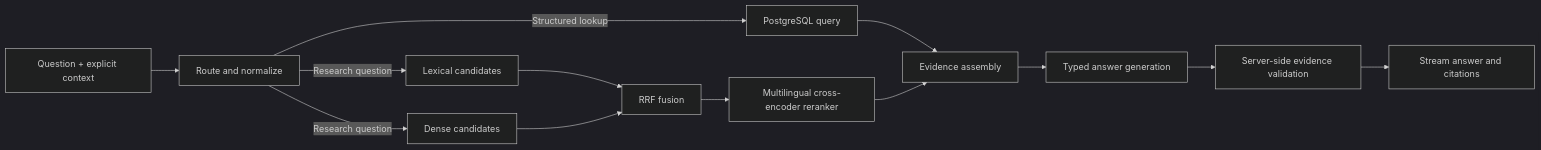
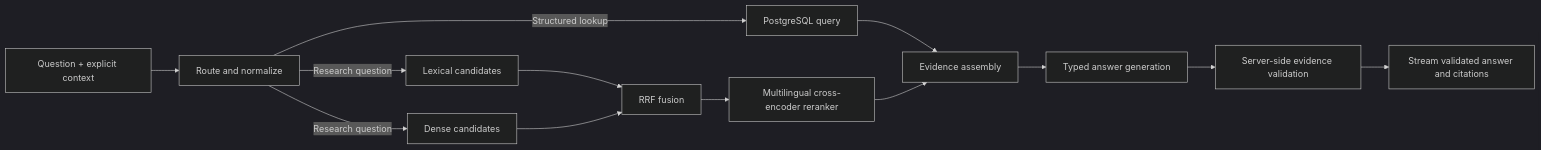
One commit to rnkraus/investment-research changed the third of 4 diagrams in docs/02-system-design.md. Above: the diagram before and after it, drawn with Mermaid (dark theme). The commit also changed other lines of this file and 8 other files, not shown here.

Commit message:
docs: finalize M0.0 architecture and implementation plan

````diff
--- a/docs/02-system-design.md
+++ b/docs/02-system-design.md
@@ -137,15 +146,15 @@
 ```mermaid
 flowchart LR
     Q[Question + explicit context] --> R[Route and normalize]
     R -->|Structured lookup| SQL[PostgreSQL query]
     R -->|Research question| LEX[Lexical candidates]
     R -->|Research question| DEN[Dense candidates]
     LEX --> FUSE[RRF fusion]
     DEN --> FUSE
     FUSE --> RR[Multilingual cross-encoder reranker]
     SQL --> EV[Evidence assembly]
     RR --> EV
     EV --> GEN[Typed answer generation]
     GEN --> VAL[Server-side evidence validation]
-    VAL --> OUT[Stream answer and citations]
+    VAL --> OUT[Stream validated answer and citations]
 ```
````
